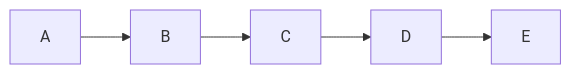
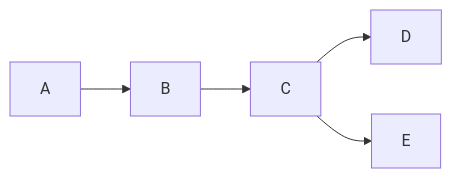
Before and after one commit to daikimat/depermaid: the eighth of 8 diagrams in README.md, drawn with Mermaid. The commit also changed other lines of this file and 1 other file, not shown here.

Commit message:
Update Example

````diff
--- a/README.md
+++ b/README.md
@@ -159,8 +159,9 @@
 ```mermaid
 flowchart LR
     A-->B
     B-->C
     C-->D
-    D-->E
+    C-->E
+    D
     E
 ```
````
